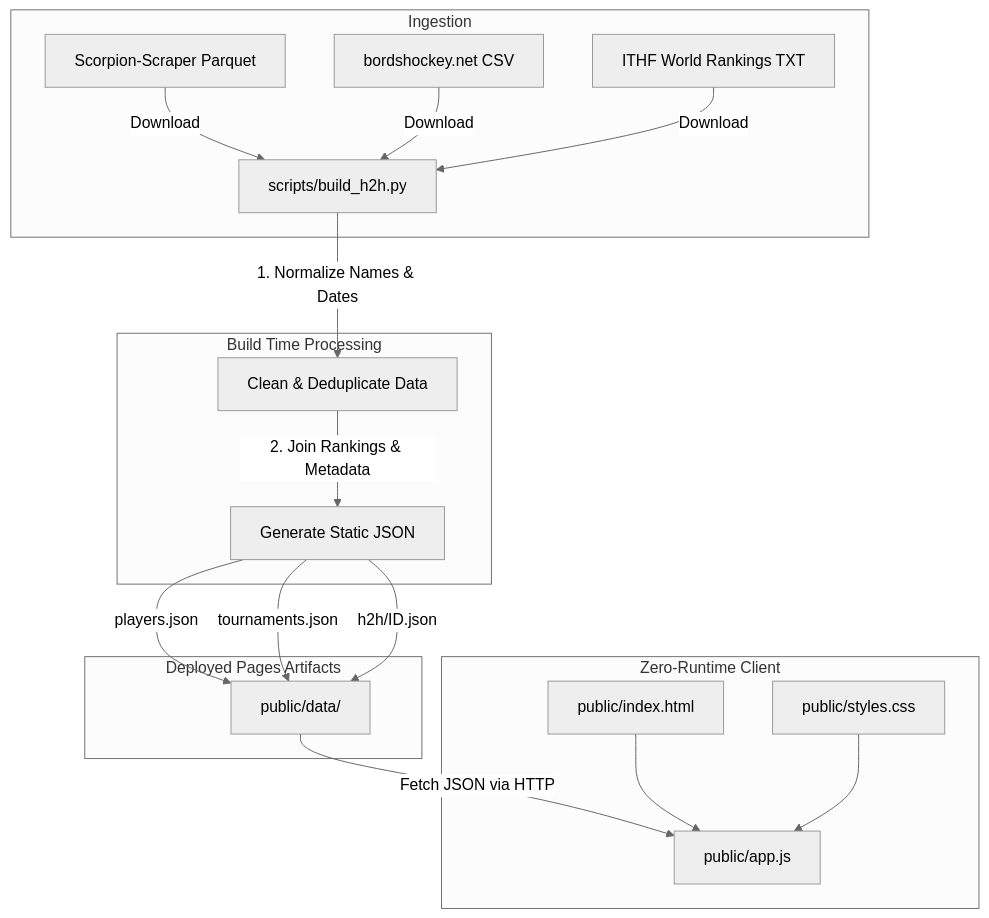
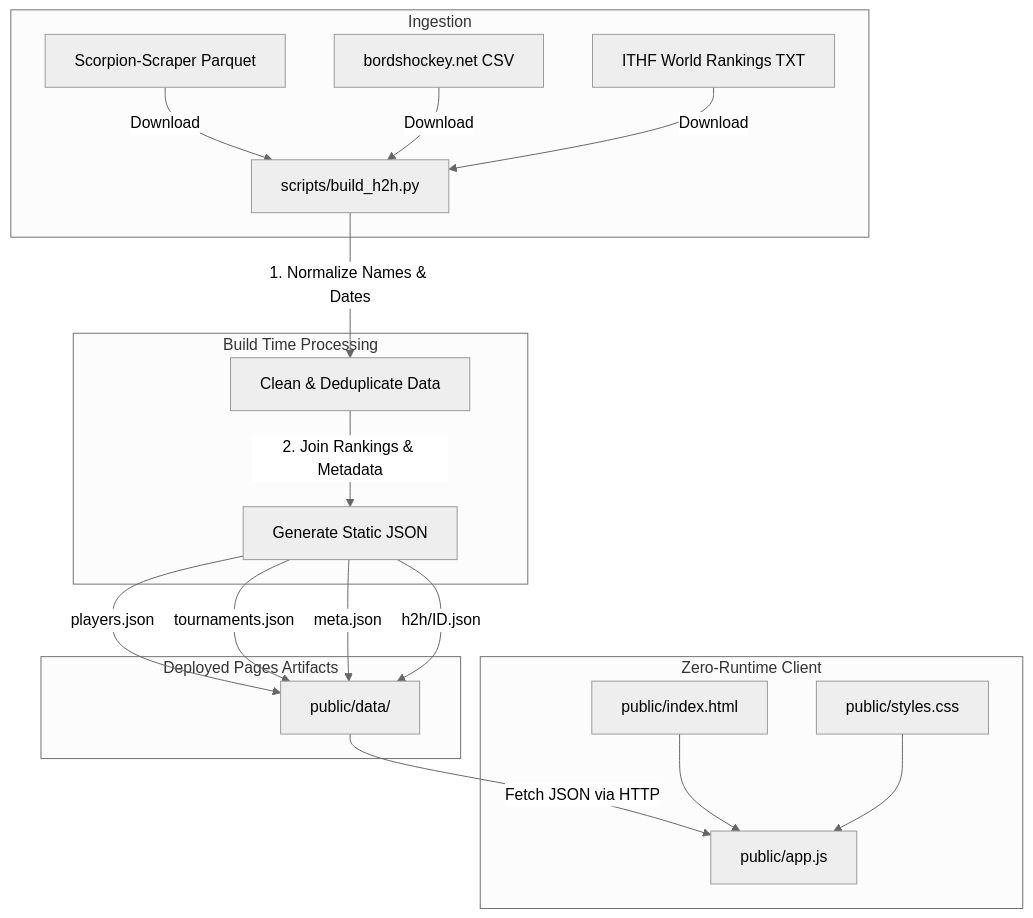
One commit to amundfylling/table-hockey-h2h-cloudflare changed the diagram in AGENTS.md. Above: the diagram before and after it, drawn with Mermaid (neutral theme). The commit also changed 9 other files, not shown here.

````diff
--- a/AGENTS.md
+++ b/AGENTS.md
@@ -55,22 +55,23 @@
 ```mermaid
 graph TD
     subgraph Ingestion
         A[Scorpion-Scraper Parquet] -->|Download| D[scripts/build_h2h.py]
         B[bordshockey.net CSV] -->|Download| D
         C[ITHF World Rankings TXT] -->|Download| D
     end
     subgraph Build Time Processing
         D -->|1. Normalize Names & Dates| E[Clean & Deduplicate Data]
         E -->|2. Join Rankings & Metadata| F[Generate Static JSON]
     end
     subgraph Deployed Pages Artifacts
         F -->|players.json| G[public/data/]
         F -->|tournaments.json| G
+        F -->|meta.json| G
         F -->|h2h/ID.json| G
     end
     subgraph Zero-Runtime Client
         G -->|Fetch JSON via HTTP| H[public/app.js]
         I[public/index.html] --> H
         J[public/styles.css] --> H
     end
 ```
````
